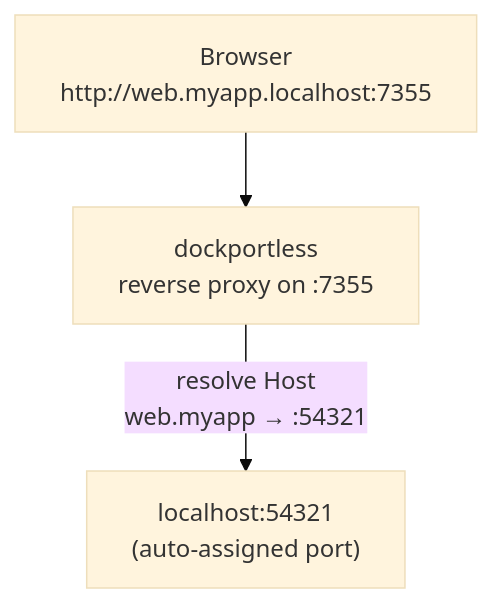
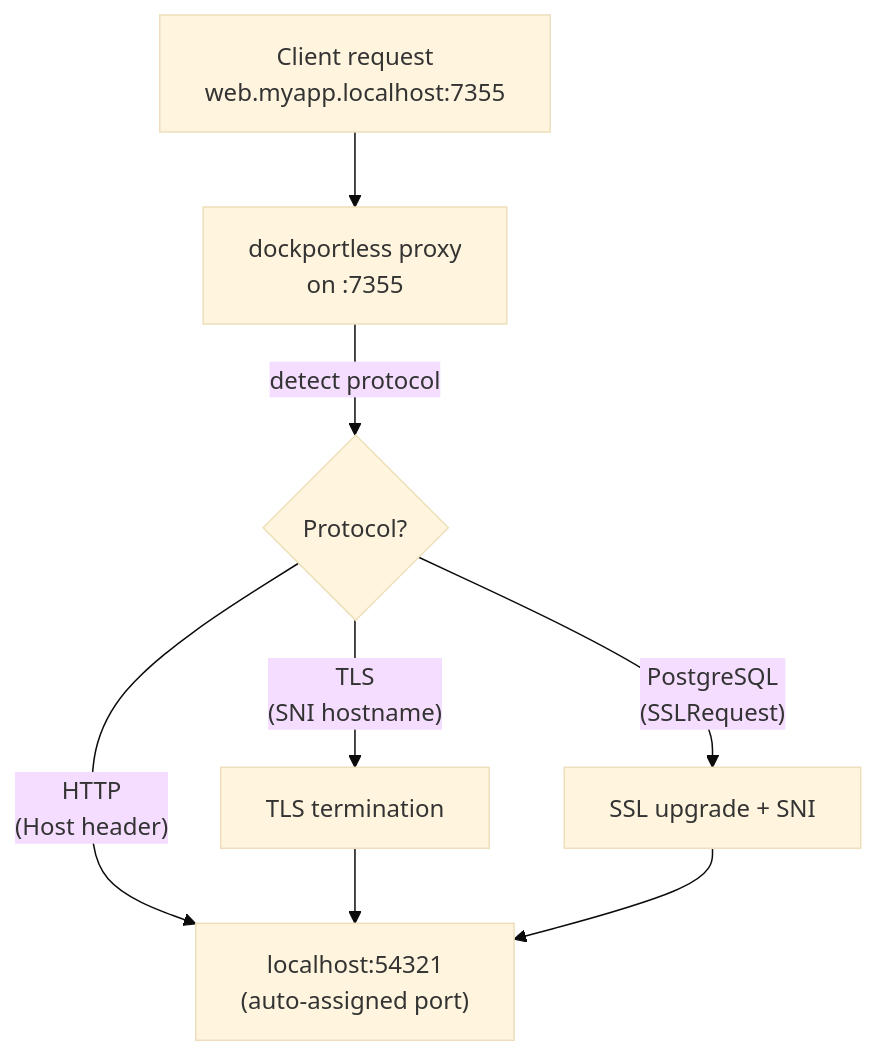
Before and after one commit to mazrean/dockportless: the diagram in README.md, drawn with Mermaid (base theme). The commit also changed other lines of this file, not shown here.

First line of the commit message:
docs: update README with TLS SNI routing, multi-port, and trust subcommand

````diff
--- a/README.md
+++ b/README.md
@@ -168,5 +229,8 @@
 ```mermaid
 flowchart TD
-    A["Browser<br/>http://web.myapp.localhost:7355"] --> B["dockportless<br/>reverse proxy on :7355"]
-    B -- "resolve Host<br/>web.myapp → :54321" --> C["localhost:54321<br/>(auto-assigned port)"]
+    A["Client request<br/>web.myapp.localhost:7355"] --> B["dockportless proxy<br/>on :7355"]
+    B -- "detect protocol" --> D{Protocol?}
+    D -- "HTTP<br/>(Host header)" --> C["localhost:54321<br/>(auto-assigned port)"]
+    D -- "TLS<br/>(SNI hostname)" --> E["TLS termination"] --> C
+    D -- "PostgreSQL<br/>(SSLRequest)" --> F["SSL upgrade + SNI"] --> C
 ```
````
